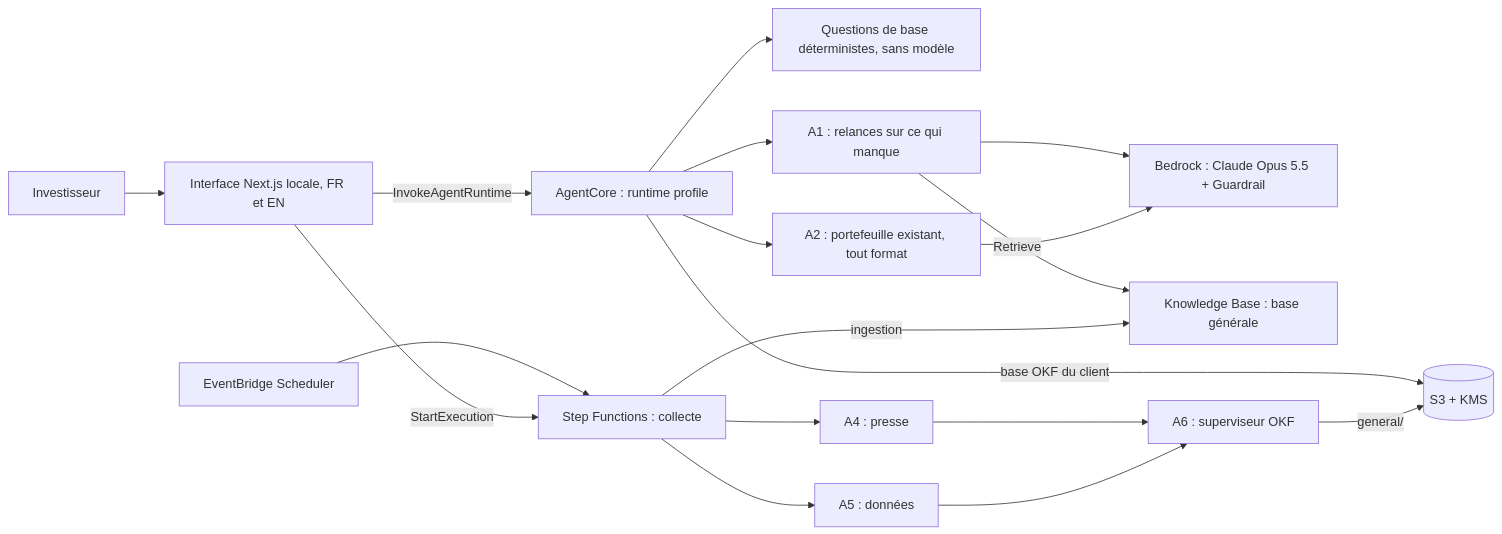
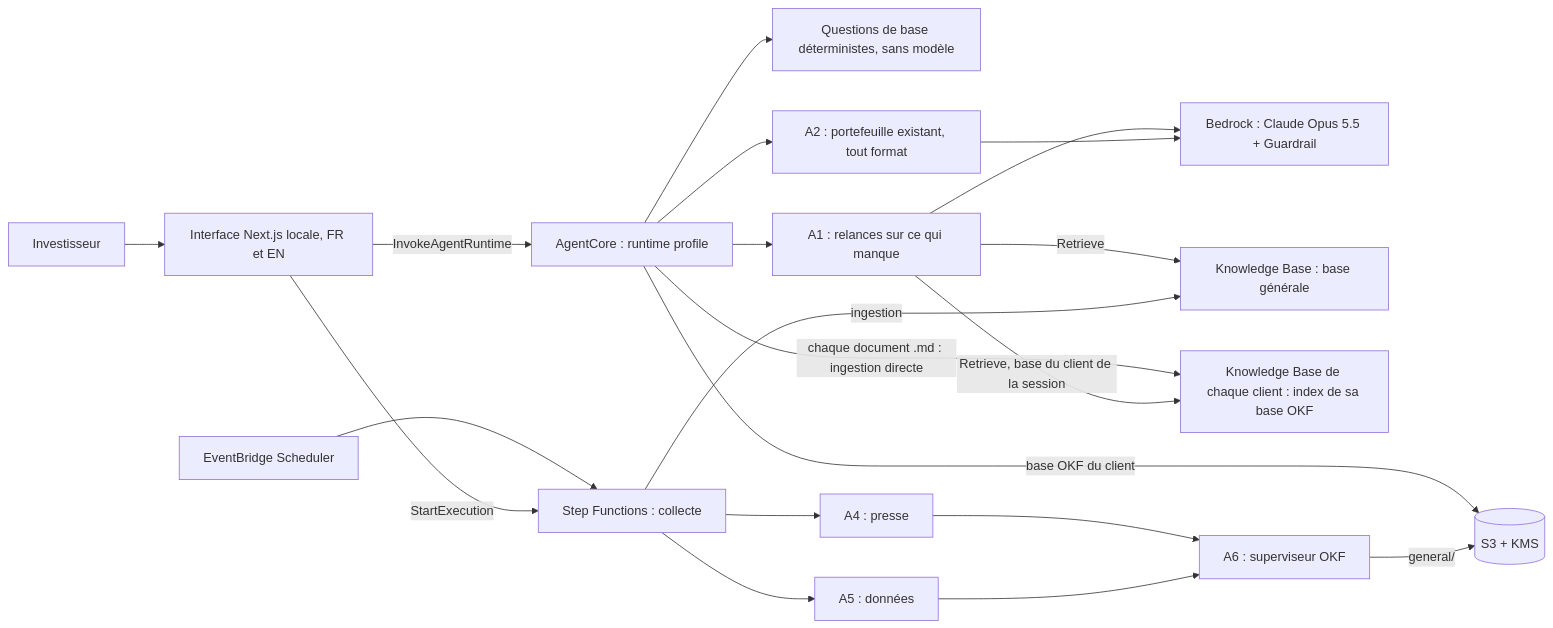
The diagram in README.md (sf-bit24/alphaforge-polyfinances-2026), drawn with Mermaid before and after one commit. The commit also changed other lines of this file and 3 other files, not shown here.

First line of the commit message:
docs: Knowledge Base de chaque client (contrat, README, schémas)

````diff
--- a/README.md
+++ b/README.md
@@ -19,20 +19,22 @@
 ```mermaid
 flowchart LR
     U["Investisseur"] --> W["Interface Next.js locale, FR et EN"]
     W -->|"InvokeAgentRuntime"| P["AgentCore : runtime profile"]
     P --> Q["Questions de base déterministes, sans modèle"]
     P --> A1["A1 : relances sur ce qui manque"]
     P --> A2["A2 : portefeuille existant, tout format"]
     A1 --> M["Bedrock : Claude Opus 5.5 + Guardrail"]
     A2 --> M
     P -->|"base OKF du client"| S3[("S3 + KMS")]
     A1 -->|"Retrieve"| KB["Knowledge Base : base générale"]
+    P -->|"chaque document .md : ingestion directe"| CKB["Knowledge Base de chaque client : index de sa base OKF"]
+    A1 -->|"Retrieve, base du client de la session"| CKB
     SCH["EventBridge Scheduler"] --> SF["Step Functions : collecte"]
     W -->|"StartExecution"| SF
     SF --> A4["A4 : presse"]
     SF --> A5["A5 : données"]
     A4 --> A6["A6 : superviseur OKF"]
     A5 --> A6
     A6 -->|"general/"| S3
     SF -->|"ingestion"| KB
 ```
````
